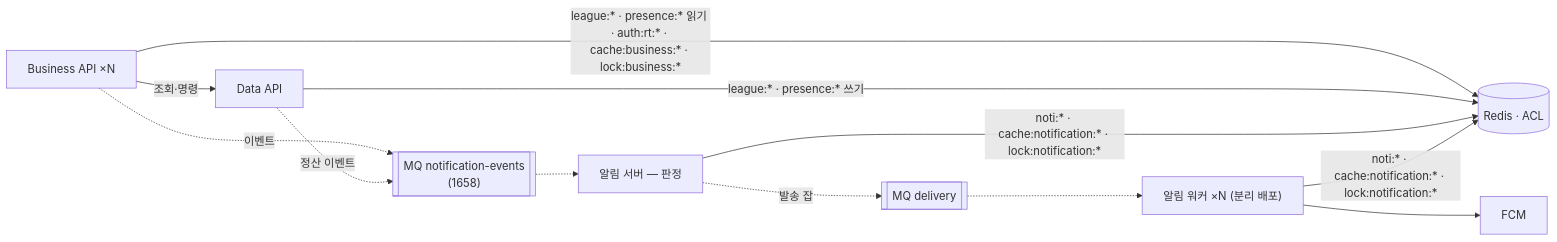
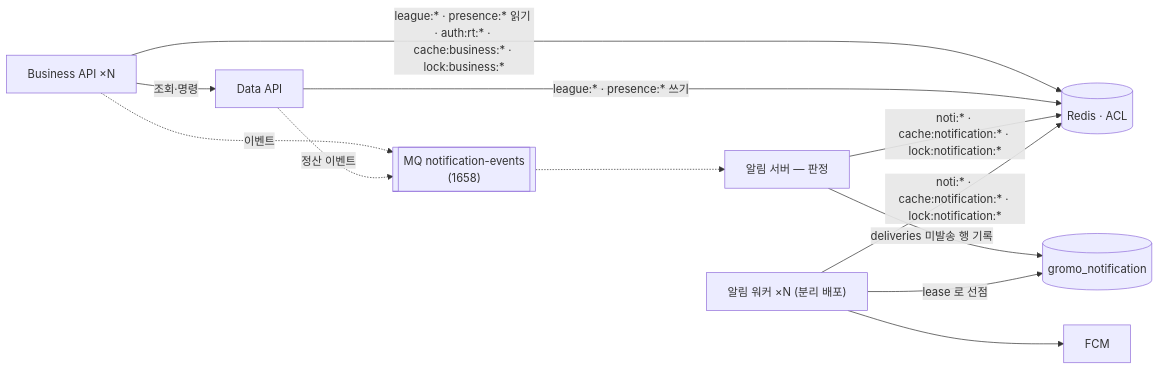
One commit to OneOrThree/phone changed the second of 2 diagrams in docs/architecture/service-architecture.md. Above: the diagram before and after it, drawn with Mermaid. The commit also changed other lines of this file and 3 other files, not shown here.

First line of the commit message:
[CHORE] GROMO-1727 codex 18라운드 반영 + 자기모순 전수 스캔 — 스케줄러 분리 · 워커 DB lease · schemaVersion · X-User-Id · 내부 HTTP expand/contract

````diff
--- a/docs/architecture/service-architecture.md
+++ b/docs/architecture/service-architecture.md
@@ -173,13 +174,13 @@
 ```mermaid
 flowchart LR
   BIZ["Business API ×N"] -->|"조회·명령"| DATA["Data API"]
   BIZ -->|"league:* · presence:* 읽기 · auth:rt:* · cache:business:* · lock:business:*"| REDIS[("Redis · ACL")]
   DATA -->|"league:* · presence:* 쓰기"| REDIS
   BIZ -.->|"이벤트"| MQ[["MQ notification-events<br/>(1658)"]]
   DATA -.->|"정산 이벤트"| MQ
   MQ -.-> NSJ["알림 서버 — 판정"]
-  NSJ -.->|"발송 잡"| MQ2[["MQ delivery"]]
-  MQ2 -.-> NSW["알림 워커 ×N (분리 배포)"]
+  NSJ -->|"deliveries 미발송 행 기록"| NDB[("gromo_notification")]
+  NSW["알림 워커 ×N (분리 배포)"] -->|"lease 로 선점"| NDB
   NSW --> FCM["FCM"]
   NSJ & NSW -->|"noti:* · cache:notification:* · lock:notification:*"| REDIS
 ```
````
